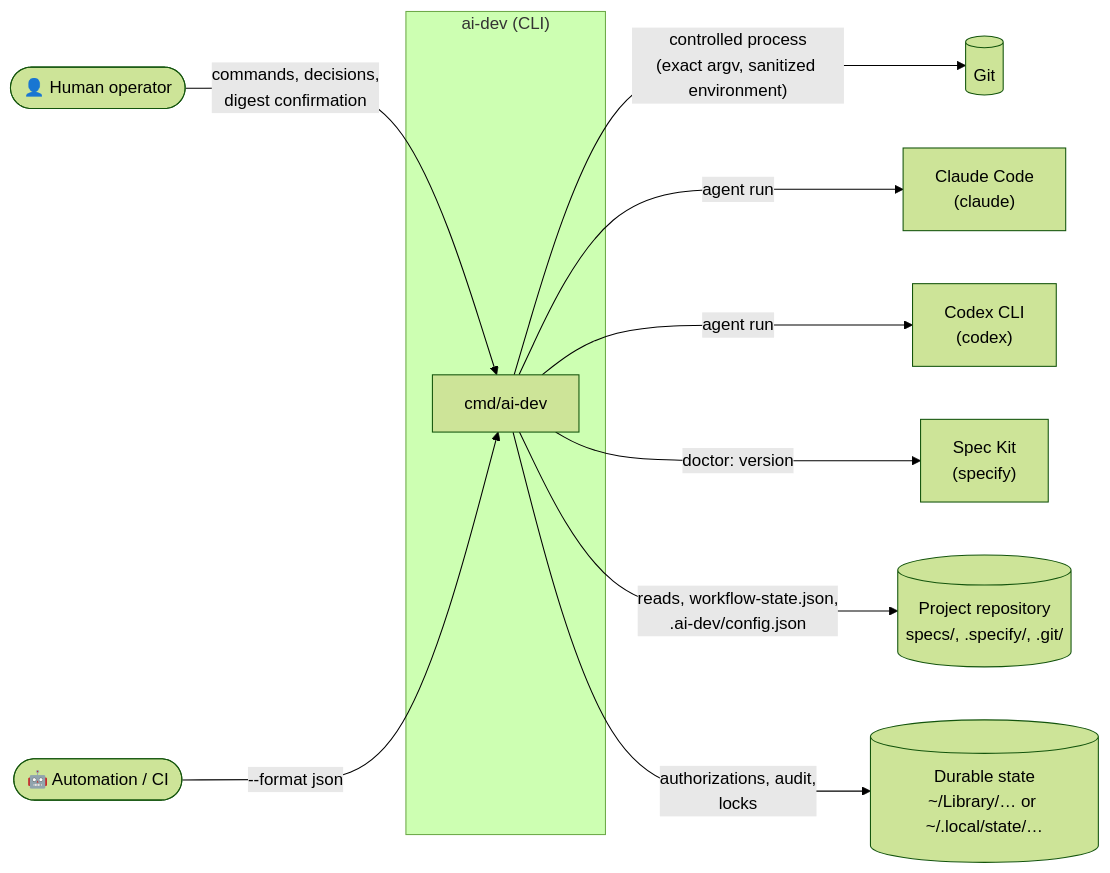
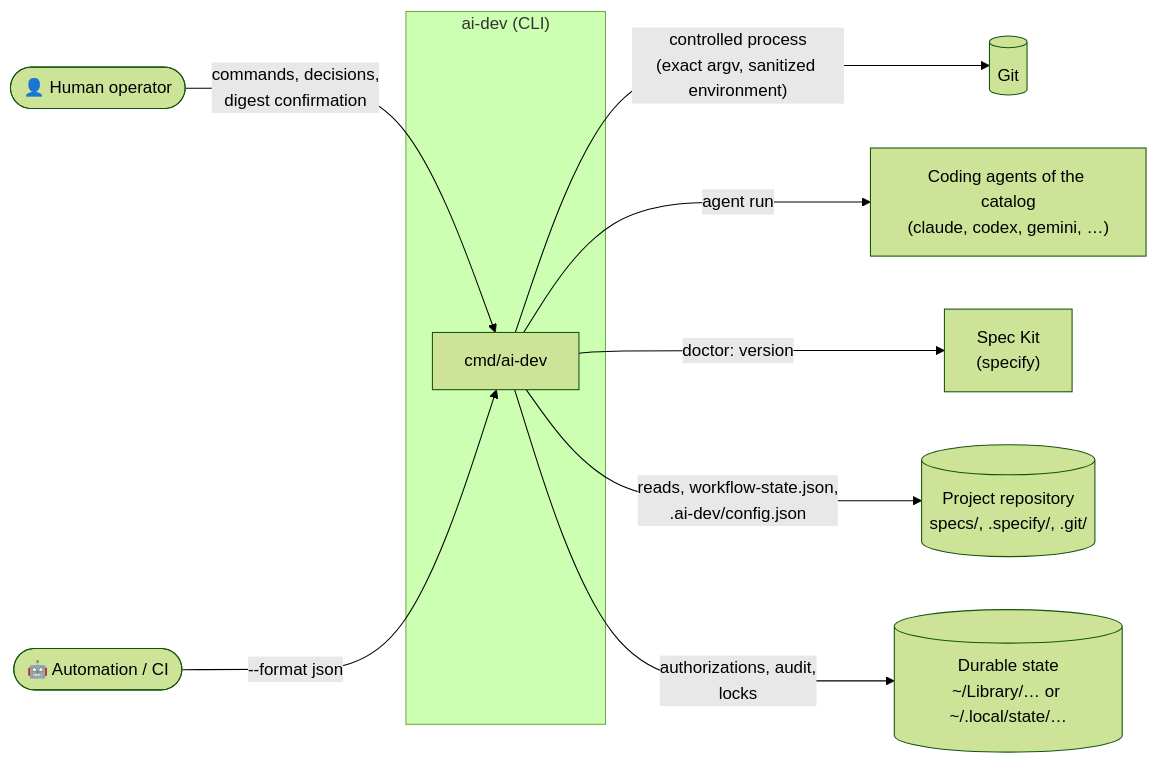
One commit to germanmunozs/ai-dev changed the first of 15 diagrams in README.md. Above: the diagram before and after it, drawn with Mermaid (forest theme). The commit also changed other lines of this file and 41 other files, not shown here.

First line of the commit message:
feat(013): expand the coding-agent catalog to eight agents

````diff
--- a/README.md
+++ b/README.md
@@ -191,25 +191,23 @@
 ```mermaid
 flowchart LR
     human(["👤 Human operator"])
     auto(["🤖 Automation / CI"])
 
     subgraph aidev["ai-dev (CLI)"]
         cli["cmd/ai-dev"]
     end
 
     git[("Git")]
-    claude["Claude Code<br/>(claude)"]
-    codex["Codex CLI<br/>(codex)"]
+    agents["Coding agents of the catalog<br/>(claude, codex, gemini, …)"]
     specify["Spec Kit<br/>(specify)"]
     repo[("Project repository<br/>specs/, .specify/, .git/")]
     state[("Durable state<br/>~/Library/… or ~/.local/state/…")]
 
     human -- "commands, decisions,<br/>digest confirmation" --> cli
     auto -- "--format json" --> cli
     cli -- "controlled process<br/>(exact argv, sanitized environment)" --> git
-    cli -- "agent run" --> claude
-    cli -- "agent run" --> codex
+    cli -- "agent run" --> agents
     cli -- "doctor: version" --> specify
     cli -- "reads, workflow-state.json,<br/>.ai-dev/config.json" --> repo
     cli -- "authorizations, audit,<br/>locks" --> state
 ```
````
